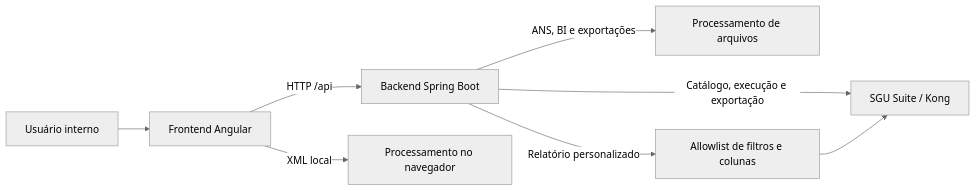
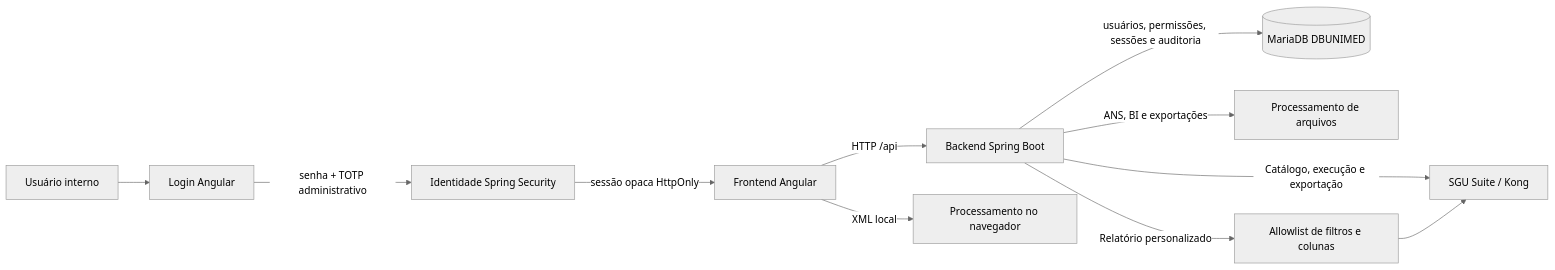
Before and after one commit to HeitorLeite/Unimed-Tools: the first of 4 diagrams in docs/ARQUITETURA.md, drawn with Mermaid (neutral theme). The commit also changed other lines of this file and 71 other files, not shown here.

Commit message:
feat(login): Adiciona login/cadastro para limitar acesso e permissões

````diff
--- a/docs/ARQUITETURA.md
+++ b/docs/ARQUITETURA.md
@@ -7,10 +7,13 @@
 ```mermaid
 flowchart LR
-    U[Usuário interno] --> F[Frontend Angular]
+    U[Usuário interno] --> L[Login Angular]
+    L -->|senha + TOTP administrativo| I[Identidade Spring Security]
+    I -->|sessão opaca HttpOnly| F[Frontend Angular]
     F -->|HTTP /api| B[Backend Spring Boot]
+    B -->|usuários, permissões, sessões e auditoria| D[(MariaDB DBUNIMED)]
     B -->|Catálogo, execução e exportação| S[SGU Suite / Kong]
     F -->|XML local| X[Processamento no navegador]
     B -->|ANS, BI e exportações| A[Processamento de arquivos]
     B -->|Relatório personalizado| P[Allowlist de filtros e colunas]
     P --> S
 ```
````
